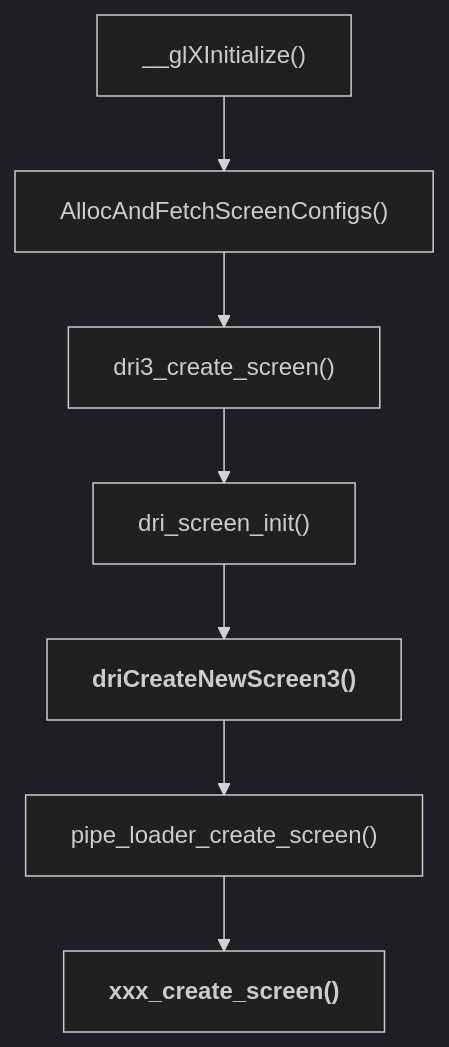
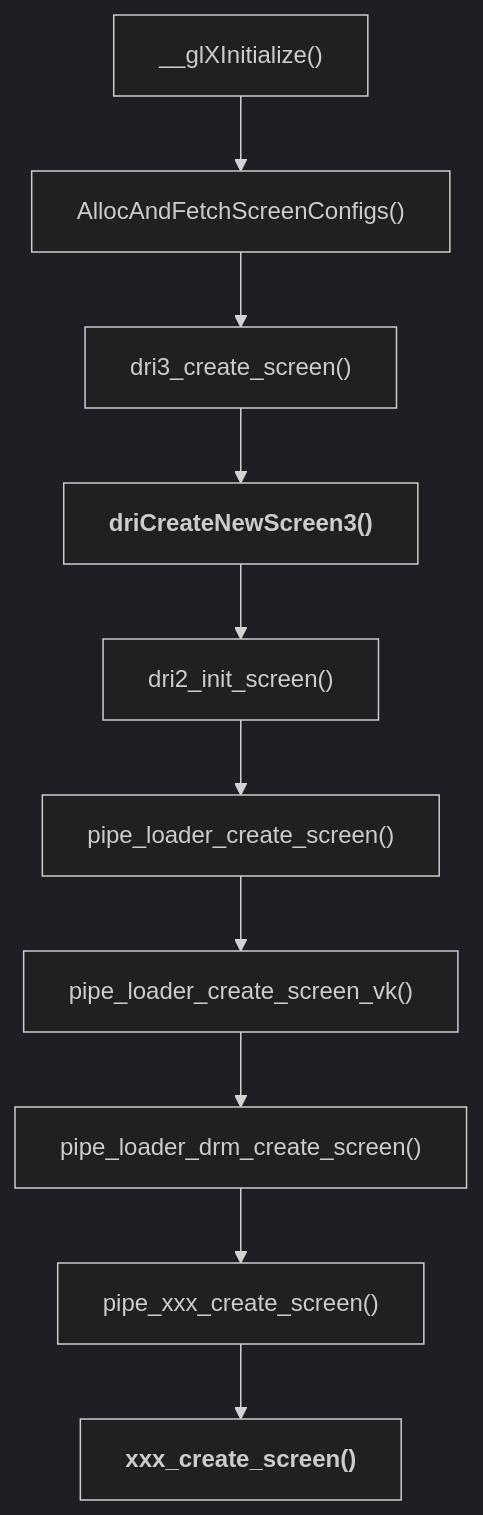
Before and after one commit to lucmann/lucmann.github.io: the diagram in source/_posts/gfx/mesa-gallium.md, drawn with Mermaid (dark theme).

Commit message:
gfx: mesa gallium

````diff
--- a/source/_posts/gfx/mesa-gallium.md
+++ b/source/_posts/gfx/mesa-gallium.md
@@ -44,12 +44,15 @@
 ```mermaid
 flowchart TD
     A["__glXInitialize()"]
     B["AllocAndFetchScreenConfigs()"]
     C["dri3_create_screen()"]
-    D["dri_screen_init()"]
-    E["`**driCreateNewScreen3()**`"]
+    D["`**driCreateNewScreen3()**`"]
+    E["dri2_init_screen()"]
     F["pipe_loader_create_screen()"]
-    G["`**xxx_create_screen()**`"]
+    G["pipe_loader_create_screen_vk()"]
+    H["pipe_loader_drm_create_screen()"]
+    I["pipe_xxx_create_screen()"]
+    J["`**xxx_create_screen()**`"]
 
-    A --> B --> C --> D --> E --> F --> G
+    A --> B --> C --> D --> E --> F --> G --> H --> I --> J
 ```
````
